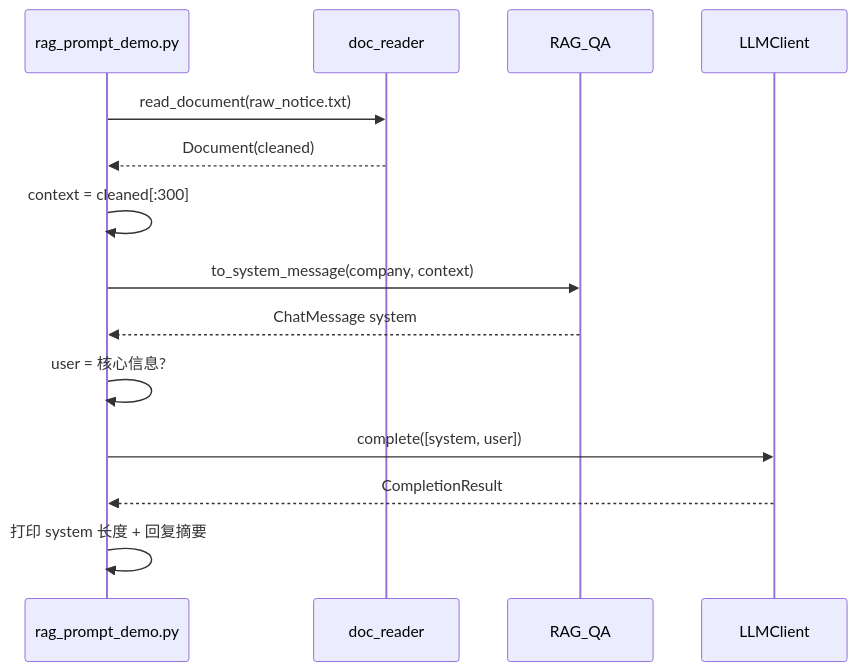
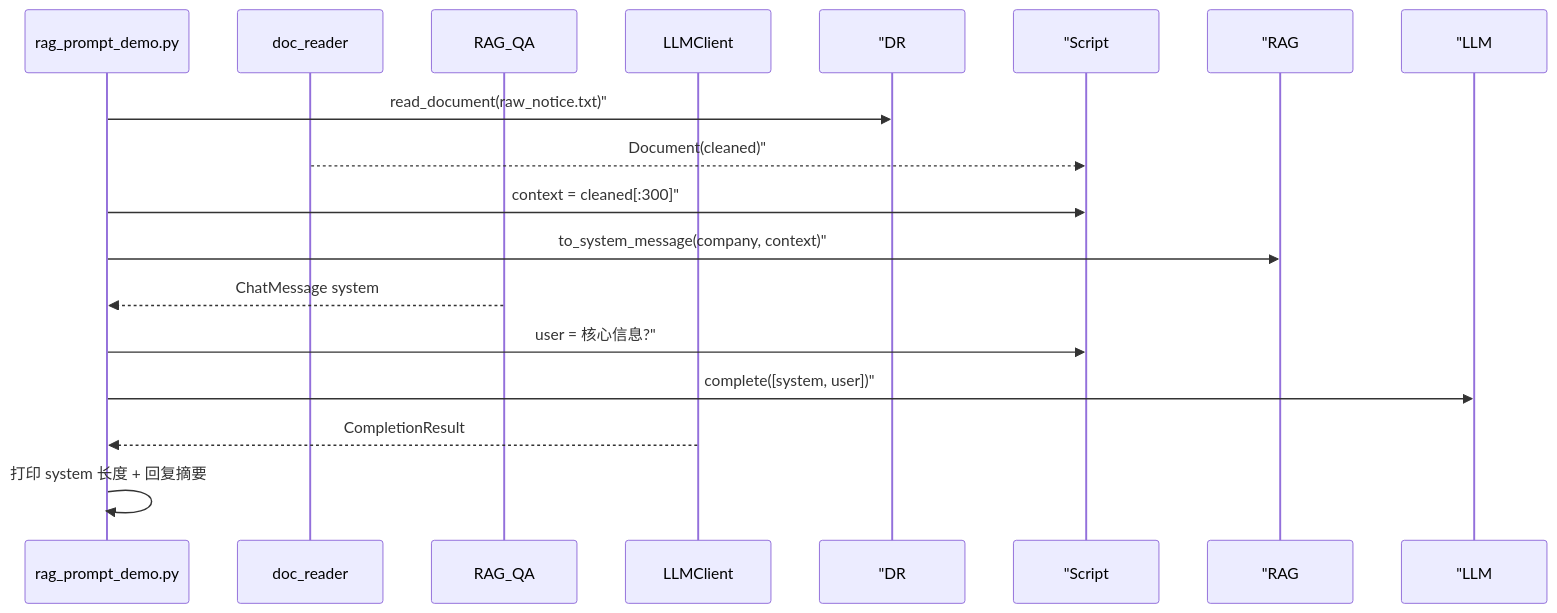
The fifth of 10 diagrams in course/day17/04_流程图与示意图.md (ab6539763/70_days_course_plus), drawn with Mermaid before and after one commit. The commit also changed other lines of this file and 134 other files, not shown here.

````diff
--- a/course/day17/04_流程图与示意图.md
+++ b/course/day17/04_流程图与示意图.md
@@ -82,17 +82,17 @@
 ```mermaid
 sequenceDiagram
     participant Script as rag_prompt_demo.py
     participant DR as doc_reader
     participant RAG as RAG_QA
     participant LLM as LLMClient
 
-    Script->>DR: read_document(raw_notice.txt)
-    DR-->>Script: Document(cleaned)
-    Script->>Script: context = cleaned[:300]
-    Script->>RAG: to_system_message(company, context)
+    Script->> "DR: read_document(raw_notice.txt)"
+    DR-->> "Script: Document(cleaned)"
+    Script->> "Script: context = cleaned[:300]"
+    Script->> "RAG: to_system_message(company, context)"
     RAG-->>Script: ChatMessage system
-    Script->>Script: user = 核心信息?
-    Script->>LLM: complete([system, user])
+    Script->> "Script: user = 核心信息?"
+    Script->> "LLM: complete([system, user])"
     LLM-->>Script: CompletionResult
     Script->>Script: 打印 system 长度 + 回复摘要
 ```
````
